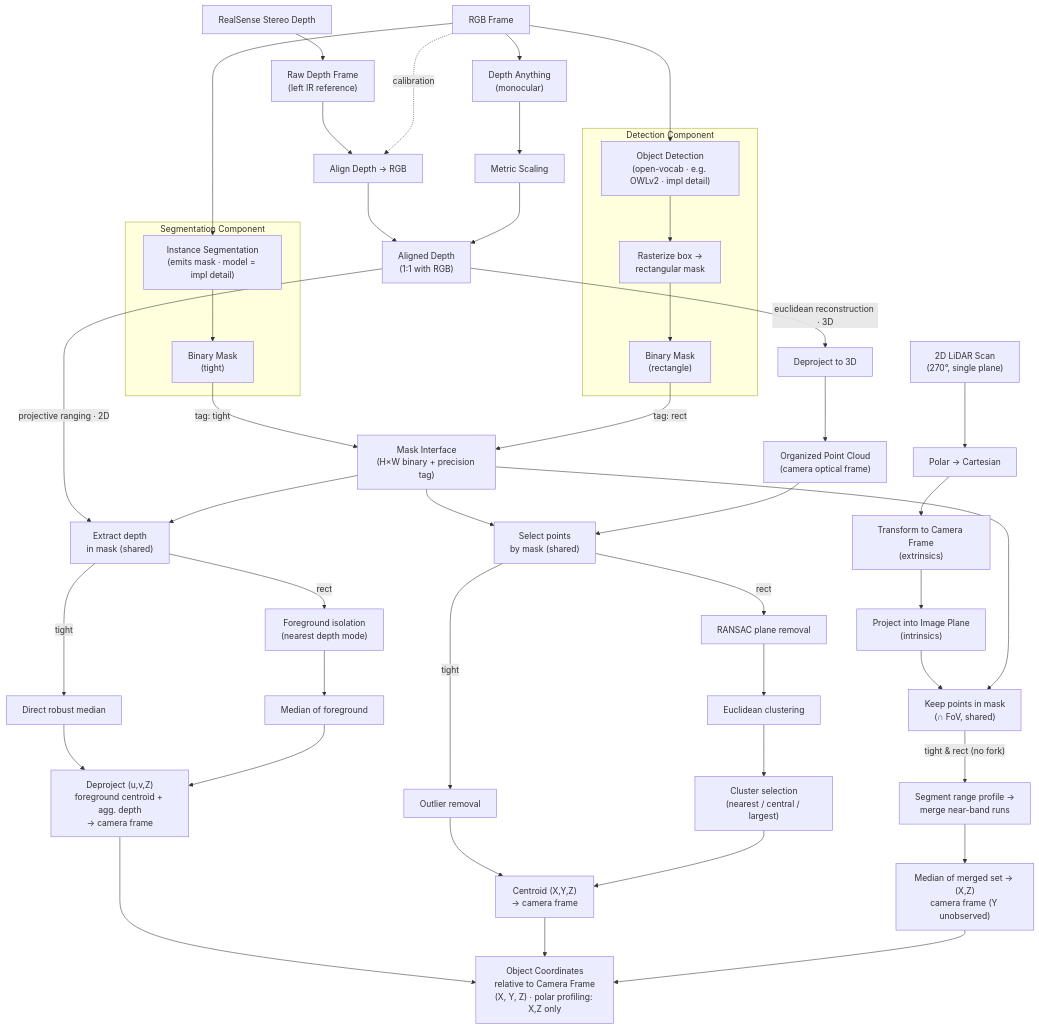
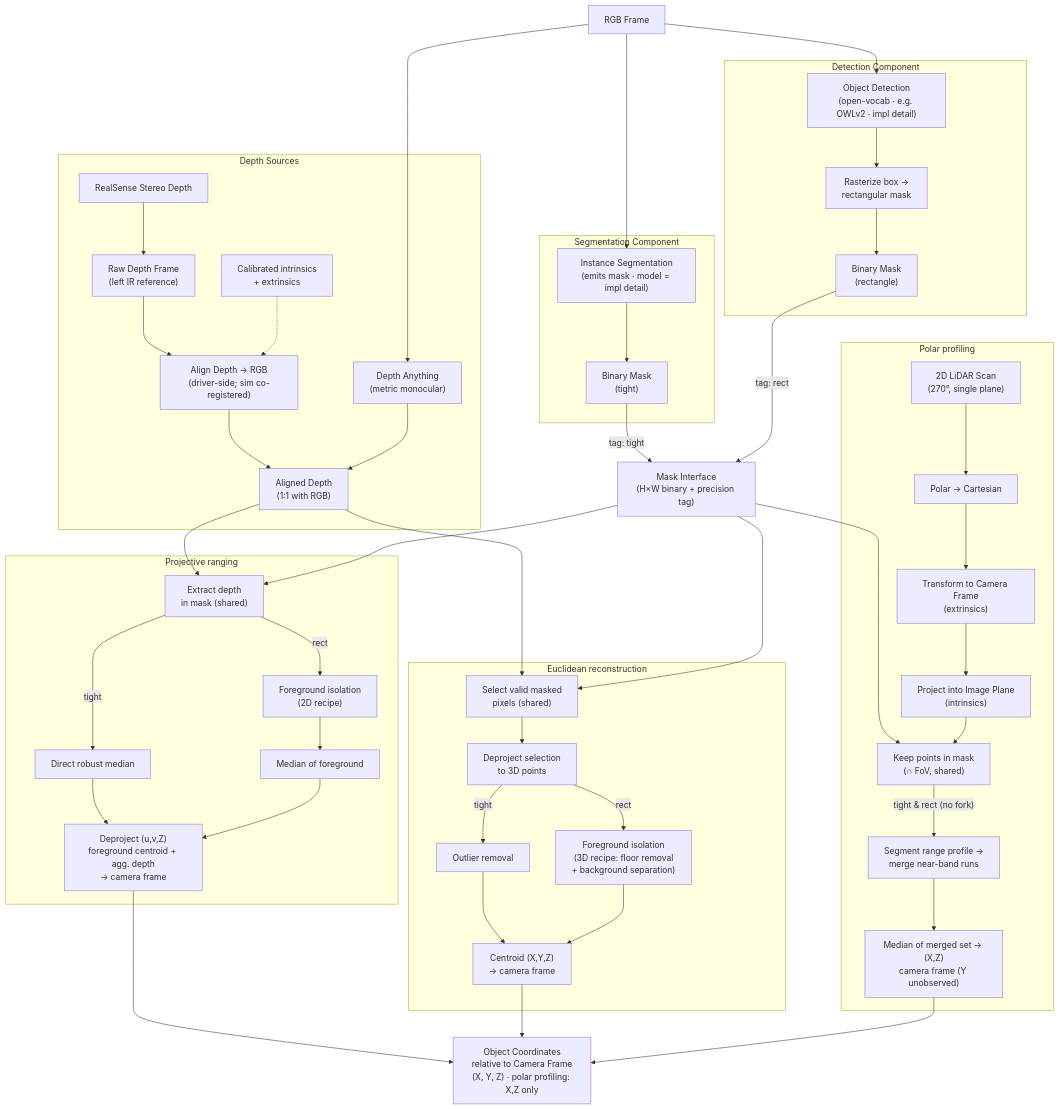
One commit to Cognitive-Software-Labs/DyNAMO-Ridgeback changed the diagram in object_localization_documentation/Object_Localization_Pipeline.md. Above: the diagram before and after it, drawn with Mermaid. The commit also changed other lines of this file, not shown here.

Commit message:
docs(perception): polish pipeline overview doc
- group flowchart into per-path subgraphs (depth sources,
  projective ranging, euclidean reconstruction, polar profiling)
- fix euclidean reconstruction wording: masked pixels deproject
  to camera-frame points; no organized cloud is built
- note rasterize_detection runs in the measurement node but
  belongs to the detection component contract
- drop "Handover" from title

````diff
--- a/object_localization_documentation/Object_Localization_Pipeline.md
+++ b/object_localization_documentation/Object_Localization_Pipeline.md
@@ -83,56 +83,68 @@
 ```mermaid
 flowchart TD
     RGB["RGB Frame"]
 
     subgraph SEGCOMP["Segmentation Component"]
         SEG["Instance Segmentation<br/>(emits mask · model = impl detail)"] --> MASK_S["Binary Mask<br/>(tight)"]
     end
     subgraph DETCOMP["Detection Component"]
         DET["Object Detection<br/>(open-vocab · e.g. OWLv2 · impl detail)"] --> RAST["Rasterize box →<br/>rectangular mask"]
         RAST --> MASK_B["Binary Mask<br/>(rectangle)"]
     end
     RGB --> SEG
     RGB --> DET
 
     MASK_S -->|"tag: tight"| IFACE["Mask Interface<br/>(H×W binary + precision tag)"]
     MASK_B -->|"tag: rect"| IFACE
 
-    RGB --> DA["Depth Anything<br/>(monocular)"]
-    STEREO["RealSense Stereo Depth"] --> RAW["Raw Depth Frame<br/>(left IR reference)"]
-    RAW --> ALIGN["Align Depth → RGB"]
-    RGB -.calibration.-> ALIGN
-    ALIGN --> ALIGNED["Aligned Depth<br/>(1:1 with RGB)"]
-    DA --> SCALE["Metric Scaling"]
-    SCALE --> ALIGNED
+    subgraph DEPTHSRC["Depth Sources"]
+        STEREO["RealSense Stereo Depth"] --> RAW["Raw Depth Frame<br/>(left IR reference)"]
+        RAW --> ALIGN["Align Depth → RGB<br/>(driver-side; sim co-registered)"]
+        CAL["Calibrated intrinsics<br/>+ extrinsics"] -.-> ALIGN
+        ALIGN --> ALIGNED["Aligned Depth<br/>(1:1 with RGB)"]
+        DA["Depth Anything<br/>(metric monocular)"] --> ALIGNED
+    end
+    RGB --> DA
 
-    ALIGNED -->|"projective ranging · 2D"| EXTRACT["Extract depth<br/>in mask (shared)"]
+    subgraph PATH_A["Projective ranging"]
+        EXTRACT["Extract depth<br/>in mask (shared)"] -->|tight| A_T["Direct robust median"]
+        EXTRACT -->|rect| A_R["Foreground isolation<br/>(2D recipe)"]
+        A_R --> A_R2["Median of foreground"]
+        A_T --> A_COORD["Deproject (u,v,Z)<br/>foreground centroid + agg. depth<br/>→ camera frame"]
+        A_R2 --> A_COORD
+    end
+
+    subgraph PATH_B["Euclidean reconstruction"]
+        SELECT["Select valid masked<br/>pixels (shared)"] --> DEPROJ["Deproject selection<br/>to 3D points"]
+        DEPROJ -->|tight| B_T["Outlier removal"]
+        DEPROJ -->|rect| B_R1["Foreground isolation<br/>(3D recipe: floor removal<br/>+ background separation)"]
+        B_T --> B_COORD["Centroid (X,Y,Z)<br/>→ camera frame"]
+        B_R1 --> B_COORD
+    end
+
+    %% declared before the subgraph so the edge routes left of the LiDAR chain
+    IFACE --> L_SEL
+
+    subgraph PATH_C["Polar profiling"]
+        LIDAR["2D LiDAR Scan<br/>(270°, single plane)"] --> L_XY["Polar → Cartesian"]
+        L_XY --> L_TF["Transform to Camera Frame<br/>(extrinsics)"]
+        L_TF --> L_PROJ["Project into Image Plane<br/>(intrinsics)"]
+        L_PROJ --> L_SEL["Keep points in mask<br/>(∩ FoV, shared)"]
+        L_SEL -->|"tight & rect (no fork)"| C_SEG["Segment range profile →<br/>merge near-band runs"]
+        C_SEG --> C_COORD["Median of merged set → (X,Z)<br/>camera frame (Y unobserved)"]
+    end
+
+    ALIGNED --> EXTRACT
     IFACE --> EXTRACT
-    EXTRACT -->|tight| A_T["Direct robust median"]
-    EXTRACT -->|rect| A_R["Foreground isolation<br/>(nearest depth mode)"]
-    A_R --> A_R2["Median of foreground"]
-    A_T --> A_COORD["Deproject (u,v,Z)<br/>foreground centroid + agg. depth<br/>→ camera frame"]
-    A_R2 --> A_COORD
-
-    ALIGNED -->|"euclidean reconstruction · 3D"| DEPROJ["Deproject to 3D"]
-    DEPROJ --> CLOUD["Organized Point Cloud<br/>(camera optical frame)"]
-    IFACE --> SELECT["Select points<br/>by mask (shared)"]
-    CLOUD --> SELECT
-    SELECT -->|tight| B_T["Outlier removal"]
-    SELECT -->|rect| B_R1["RANSAC plane removal"]
-    B_R1 --> B_R2["Euclidean clustering"]
-    B_R2 --> B_R3["Cluster selection<br/>(nearest / central / largest)"]
-    B_T --> B_COORD["Centroid (X,Y,Z)<br/>→ camera frame"]
-    B_R3 --> B_COORD
-
-    LIDAR["2D LiDAR Scan<br/>(270°, single plane)"] --> L_XY["Polar → Cartesian"]
-    L_XY --> L_TF["Transform to Camera Frame<br/>(extrinsics)"]
-    L_TF --> L_PROJ["Project into Image Plane<br/>(intrinsics)"]
-    L_PROJ --> L_SEL["Keep points in mask<br/>(∩ FoV, shared)"]
-    IFACE --> L_SEL
-    L_SEL -->|"tight & rect (no fork)"| C_SEG["Segment range profile →<br/>merge near-band runs"]
-    C_SEG --> C_COORD["Median of merged set → (X,Z)<br/>camera frame (Y unobserved)"]
+    ALIGNED --> SELECT
+    IFACE --> SELECT
 
     A_COORD --> FINAL["Object Coordinates<br/>relative to Camera Frame<br/>(X, Y, Z) · polar profiling: X,Z only"]
     B_COORD --> FINAL
     C_COORD --> FINAL
+
+    %% invisible links: push euclidean reconstruction one rank down,
+    %% keep the LiDAR column on the right side of the layout
+    EXTRACT ~~~ SELECT
+    MASK_B ~~~ LIDAR
 ```
````
